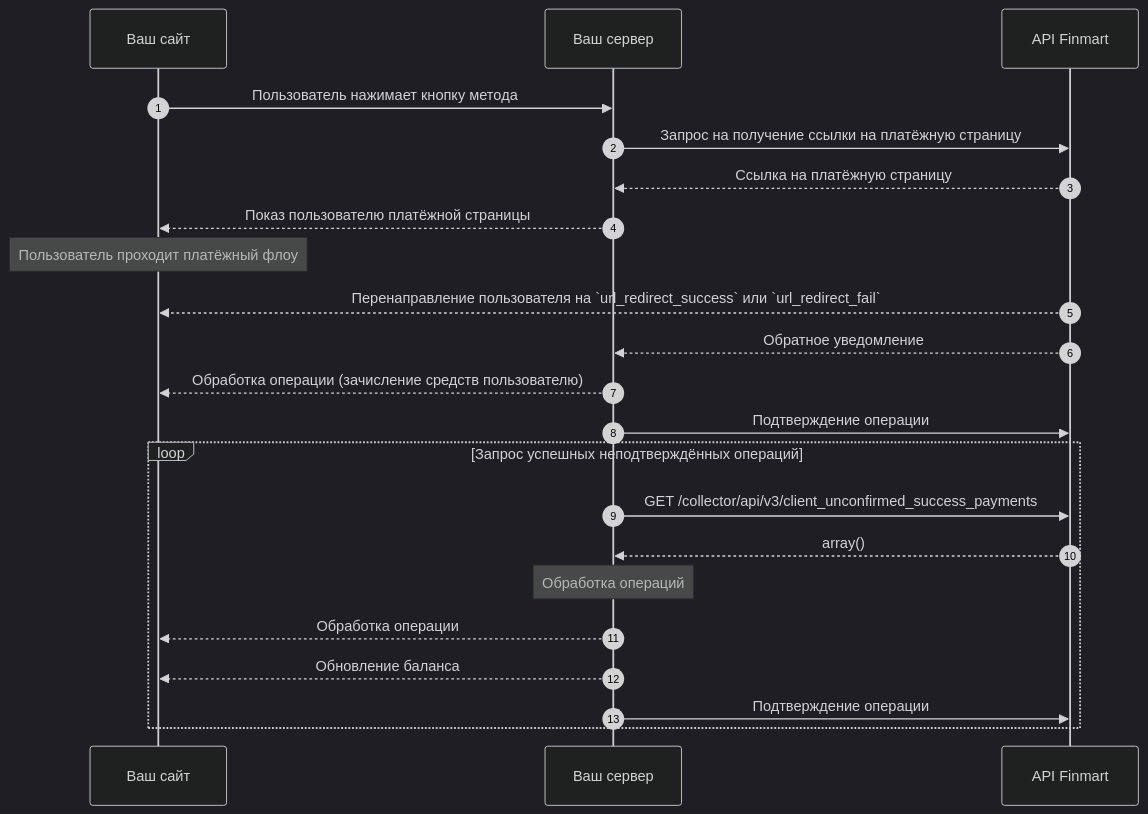
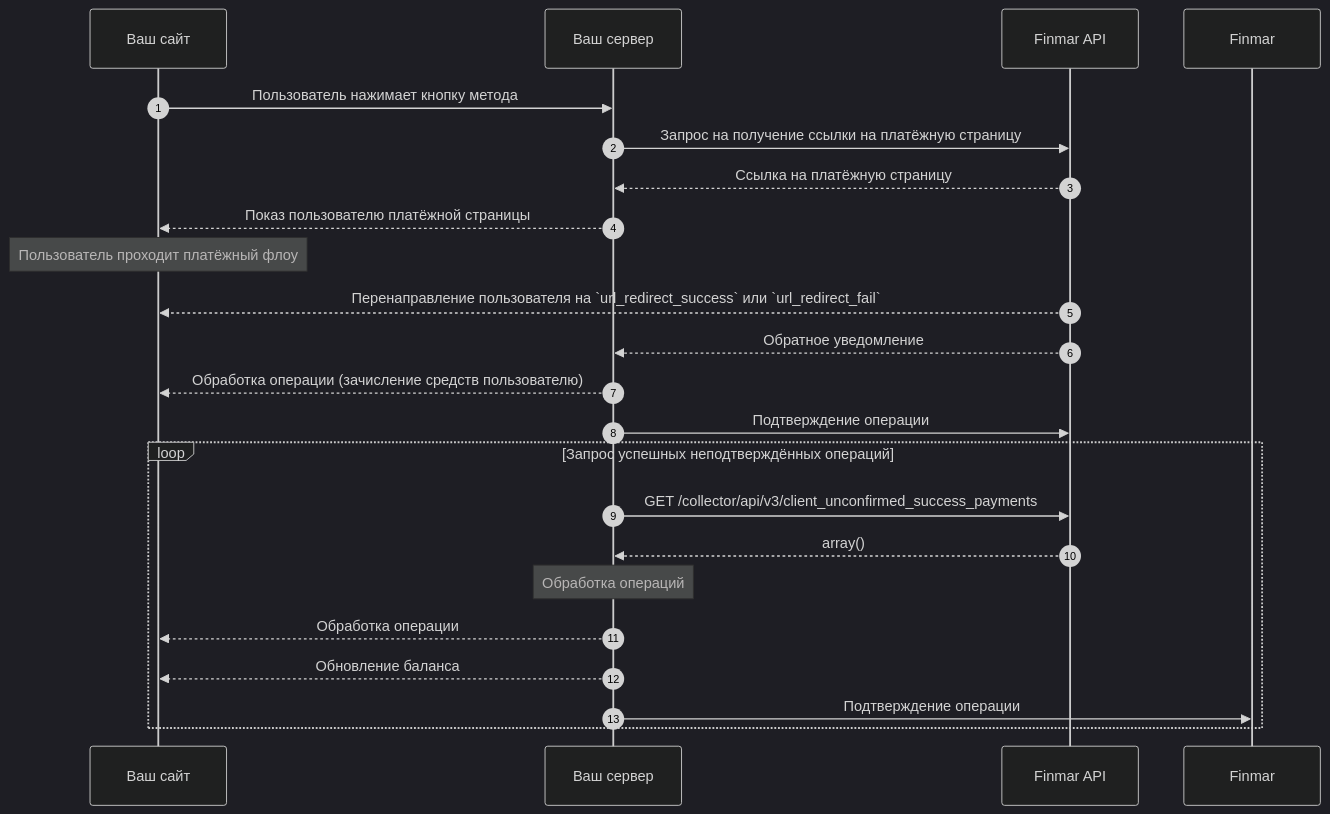
The diagram in products/card.mdx (sergeyglobo/documentation), drawn with Mermaid (dark theme) before and after one commit. The commit also changed other lines of this file and 52 other files, not shown here.

````diff
--- a/products/card.mdx
+++ b/products/card.mdx
@@ -11,45 +11,45 @@
 ```mermaid
 sequenceDiagram
 
 autonumber
 
     participant site as Ваш сайт #lightGreen
 
     participant server as Ваш сервер
 
-    participant finmart as API Finmart
+    participant finmar as Finmar API
 
     site->>server: Пользователь нажимает кнопку метода
 
-    server->>finmart: Запрос на получение ссылки на платёжную страницу
+    server->>finmar: Запрос на получение ссылки на платёжную страницу
 
-    finmart-->>server: Ссылка на платёжную страницу
+    finmar-->>server: Ссылка на платёжную страницу
 
     server-->>site: Показ пользователю платёжной страницы
 
     note over site:  Пользователь проходит платёжный флоу
 
-    finmart-->>site: Перенаправление пользователя на `url_redirect_success` или `url_redirect_fail`
+    finmar-->>site: Перенаправление пользователя на `url_redirect_success` или `url_redirect_fail`
 
-    finmart-->>server: Обратное уведомление
+    finmar-->>server: Обратное уведомление
 
     server-->>site: Обработка операции (зачисление средств пользователю)
 
-    server->>finmart: Подтверждение операции    
+    server->>finmar: Подтверждение операции    
 
     loop Запрос успешных неподтверждённых операций
 
-            server->>finmart: GET /collector/api/v3/client_unconfirmed_success_payments
+            server->>finmar: GET /collector/api/v3/client_unconfirmed_success_payments
 
-            finmart-->>server: array()
+            finmar-->>server: array()
 
         note over server: Обработка операций
 
         server -->> site: Обработка операции
 
         server -->>site: Обновление баланса
 
-        server->>finmart: Подтверждение операции        
+        server->>Finmar: Подтверждение операции        
 
     end
 ```
````
